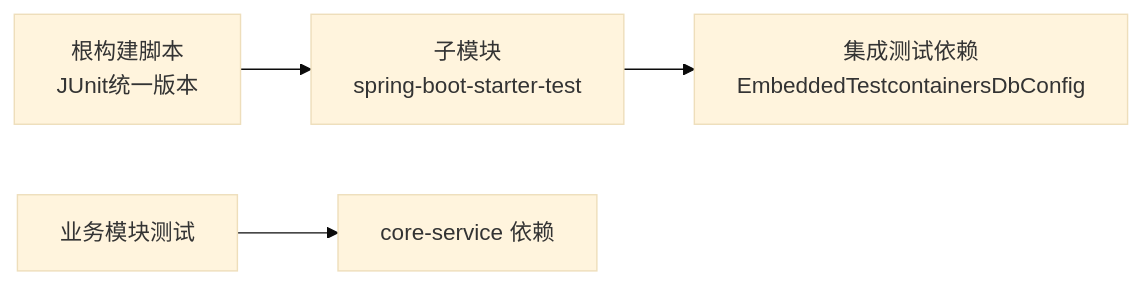
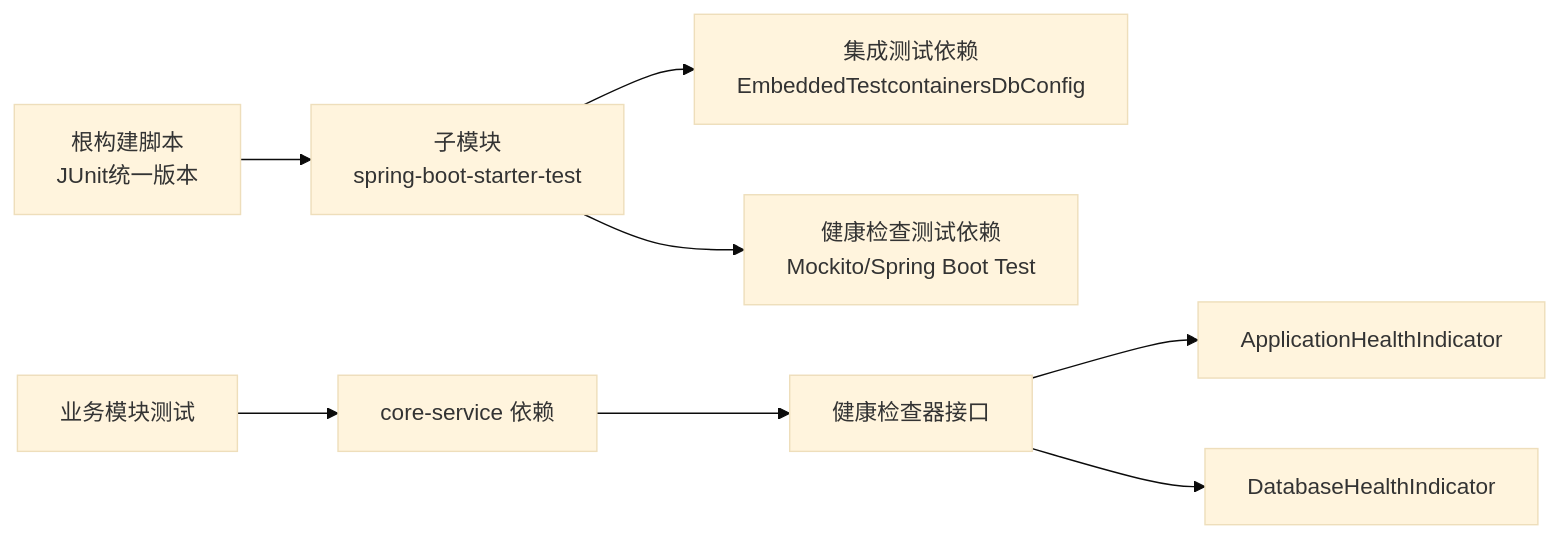
One commit to magicliang/domain-driven-transaction-sys changed the eighth of 8 diagrams in .qoder/repowiki/zh/content/测试策略.md. Above: the diagram before and after it, drawn with Mermaid (base theme). The commit also changed other lines of this file and 7 other files, not shown here.

````diff
--- a/.qoder/repowiki/zh/content/测试策略.md
+++ b/.qoder/repowiki/zh/content/测试策略.md
@@ -311,6 +456,10 @@
 ```mermaid
 graph LR
 Root["根构建脚本<br/>JUnit统一版本"] --> Sub["子模块<br/>spring-boot-starter-test"]
 Sub --> ITDep["集成测试依赖<br/>EmbeddedTestcontainersDbConfig"]
+Sub --> HealthTests["健康检查测试依赖<br/>Mockito/Spring Boot Test"]
 Biz["业务模块测试"] --> CoreSvc["core-service 依赖"]
+CoreSvc --> HealthIndicators["健康检查器接口"]
+HealthIndicators --> AppIndicator["ApplicationHealthIndicator"]
+HealthIndicators --> DBIndicator["DatabaseHealthIndicator"]
 ```
````
